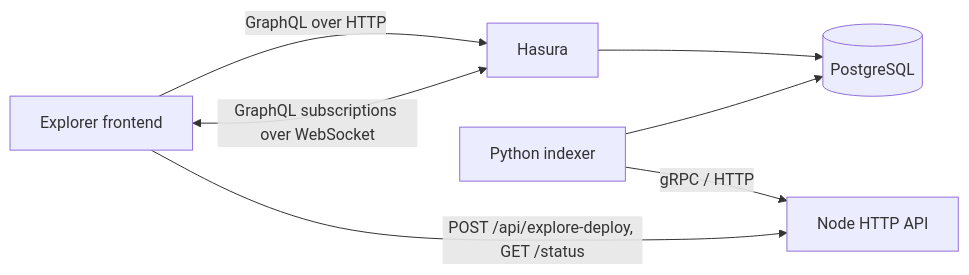
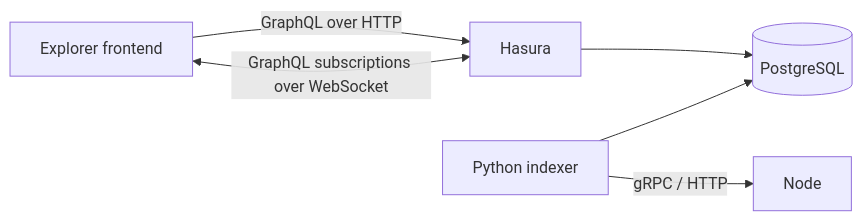
One commit to asi-alliance/asi-chain-docs-portal changed the first of 2 diagrams in architecture/component-diagrams/explorer/index.md. Above: the diagram before and after it, drawn with Mermaid. The commit also changed other lines of this file and 14 other files, not shown here.

````diff
--- a/architecture/component-diagrams/explorer/index.md
+++ b/architecture/component-diagrams/explorer/index.md
@@ -5,10 +5,9 @@
 ```mermaid
 flowchart LR
   Browser[Explorer frontend]
   Browser -->|GraphQL over HTTP| Hasura[Hasura]
   Browser <-->|GraphQL subscriptions over WebSocket| Hasura
-  Browser -->|POST /api/explore-deploy, GET /status| Node[Node HTTP API]
   Hasura --> PG[(PostgreSQL)]
   Indexer[Python indexer] --> PG
-  Indexer -->|gRPC / HTTP| Node
+  Indexer -->|gRPC / HTTP| Node[Node]
 ```
````
